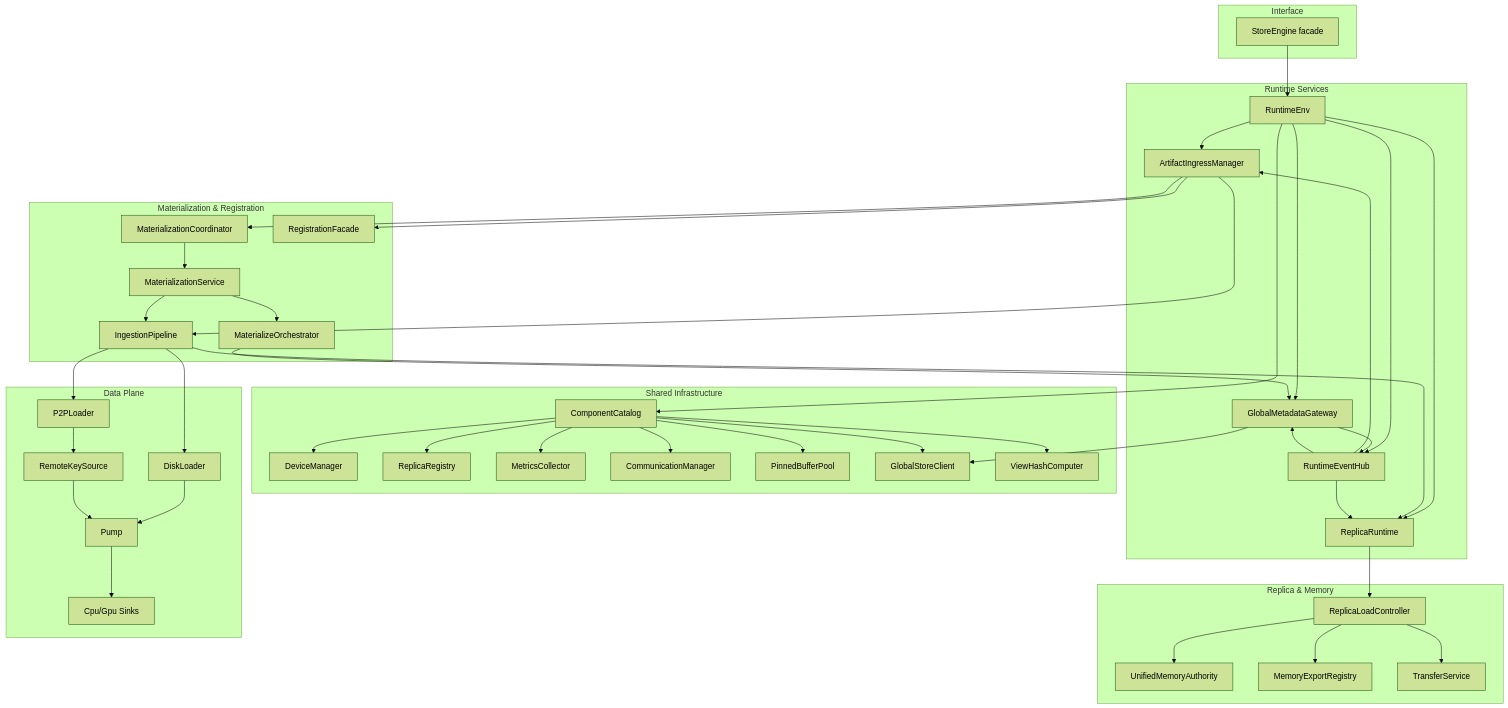
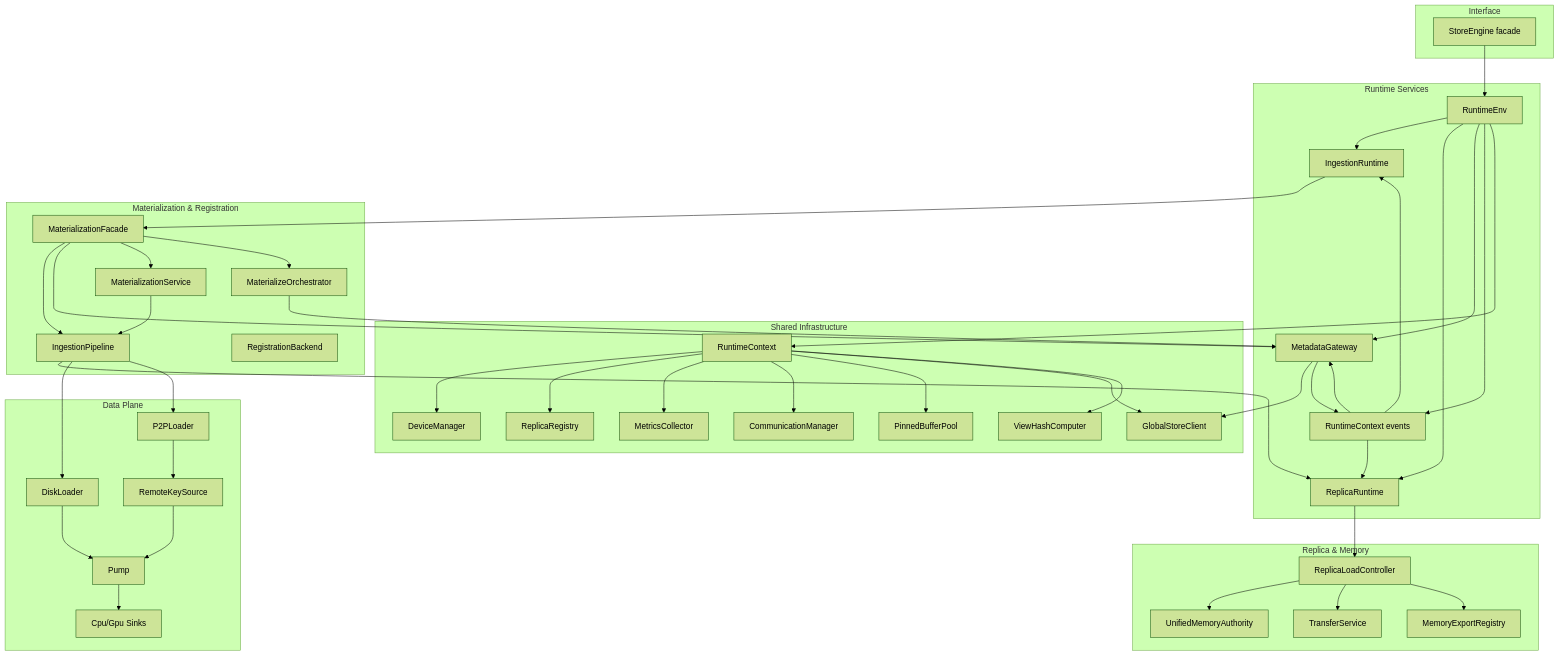
Before and after one commit to tensorcast-ai/tensorcast: the first of 4 diagrams in core/store/docs/architecture.md, drawn with Mermaid (forest theme). The commit also changed other lines of this file and 101 other files, not shown here.

````diff
--- a/core/store/docs/architecture.md
+++ b/core/store/docs/architecture.md
@@ -16,79 +16,80 @@
 ```mermaid
 graph TB
     subgraph "Interface"
         SE[StoreEngine facade]
     end
     subgraph "Runtime Services"
         RE[RuntimeEnv]
-        AIM[ArtifactIngressManager]
+        IR[IngestionRuntime]
         RR[ReplicaRuntime]
-        GMG[GlobalMetadataGateway]
-        EH[RuntimeEventHub]
+        MG[MetadataGateway]
+        EH[RuntimeContext events]
     end
     subgraph "Shared Infrastructure"
-        CC[ComponentCatalog]
+        CC[RuntimeContext]
         DM[DeviceManager]
         REG[ReplicaRegistry]
         MC[MetricsCollector]
         COMM[CommunicationManager]
         PB[PinnedBufferPool]
         GSC[GlobalStoreClient]
         VHC[ViewHashComputer]
     end
     subgraph "Materialization & Registration"
-        MCoor[MaterializationCoordinator]
+        MF[MaterializationFacade]
         IP[IngestionPipeline]
-        RF[RegistrationFacade]
+        RB[RegistrationBackend]
+        MG[MetadataGateway]
         MZ[MaterializationService]
         MO[MaterializeOrchestrator]
     end
     subgraph "Replica & Memory"
         RLC[ReplicaLoadController]
         UMA[UnifiedMemoryAuthority]
         MER[MemoryExportRegistry]
         TS[TransferService]
     end
     subgraph "Data Plane"
         DL[DiskLoader]
         PL[P2PLoader]
         RKS[RemoteKeySource]
         Pump[Pump]
         Sink[Cpu/Gpu Sinks]
     end
     SE --> RE
-    RE --> AIM
+    RE --> IR
     RE --> RR
-    RE --> GMG
+    RE --> MG
     RE --> EH
     RE --> CC
     CC --> DM
     CC --> REG
     CC --> MC
     CC --> COMM
     CC --> PB
     CC --> GSC
     CC --> VHC
-    AIM --> MCoor
-    AIM --> IP
-    AIM --> RF
-    MCoor --> MZ
+    IR --> MF
+    MF --> IP
+    MF --> MG
+    MF --> MZ
     MZ --> IP
-    MZ --> MO
-    MO --> GMG
+    MF --> MO
+    MO --> MG
     IP --> RR
     RR --> RLC
     RLC --> UMA
     RLC --> TS
     RLC --> MER
     IP --> DL
     IP --> PL
     PL --> RKS
     DL --> Pump
     RKS --> Pump
     Pump --> Sink
-    GMG --> GSC
-    GMG --> EH
+    MG --> GSC
+    MG --> EH
     EH --> RR
-    EH --> AIM
-    EH --> GMG
+    EH --> IR
+    EH --> MG
 ```
````
